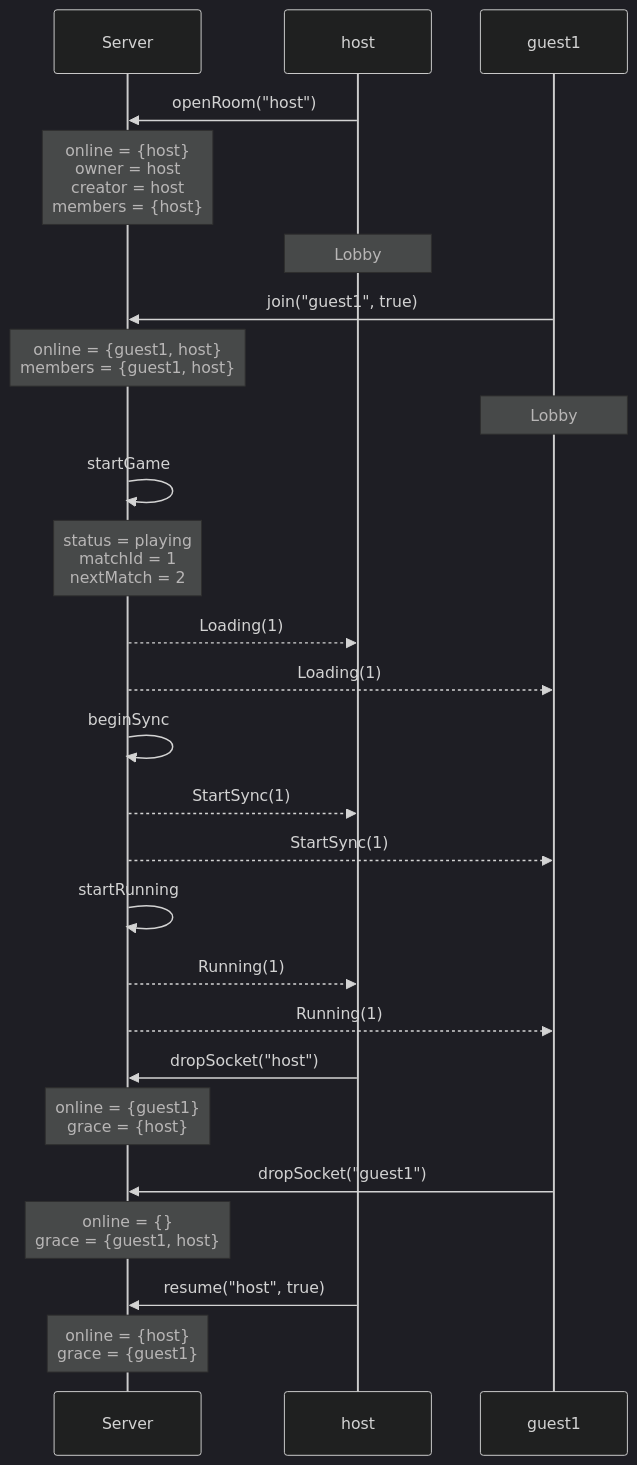
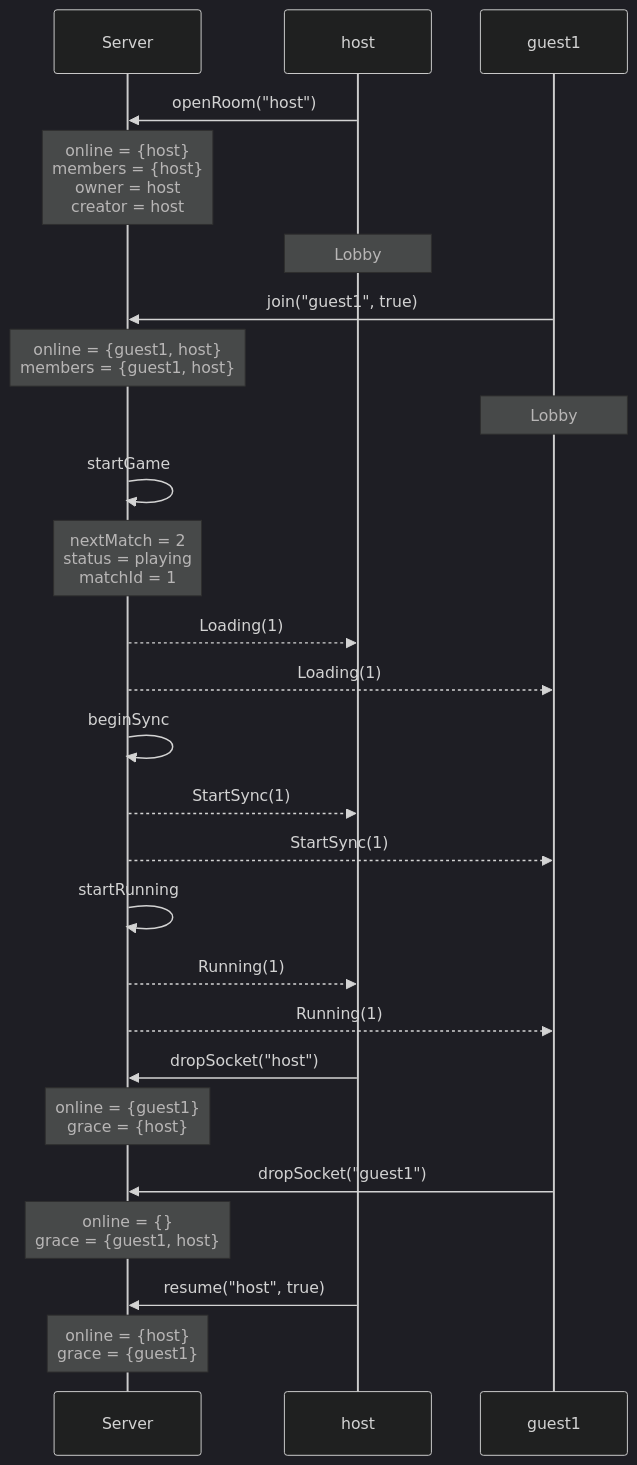
Before and after one commit to kwilson21/kaillera-next: diagram 15 of 36 in docs/spec-traces.md, drawn with Mermaid (dark theme). The commit also changed other lines of this file and 36 other files, not shown here.

````diff
--- a/docs/spec-traces.md
+++ b/docs/spec-traces.md
@@ -295,28 +358,28 @@
 ```mermaid
 sequenceDiagram
   participant Server
   participant host
   participant guest1
   host->>Server: openRoom("host")
-  Note over Server: online = {host}<br/>owner = host<br/>creator = host<br/>members = {host}
+  Note over Server: online = {host}<br/>members = {host}<br/>owner = host<br/>creator = host
   Note over host: Lobby
   guest1->>Server: join("guest1", true)
   Note over Server: online = {guest1, host}<br/>members = {guest1, host}
   Note over guest1: Lobby
   Server->>Server: startGame
-  Note over Server: status = playing<br/>matchId = 1<br/>nextMatch = 2
+  Note over Server: nextMatch = 2<br/>status = playing<br/>matchId = 1
   Server-->>host: Loading(1)
   Server-->>guest1: Loading(1)
   Server->>Server: beginSync
   Server-->>host: StartSync(1)
   Server-->>guest1: StartSync(1)
   Server->>Server: startRunning
   Server-->>host: Running(1)
   Server-->>guest1: Running(1)
   host->>Server: dropSocket("host")
   Note over Server: online = {guest1}<br/>grace = {host}
   guest1->>Server: dropSocket("guest1")
   Note over Server: online = {}<br/>grace = {guest1, host}
   host->>Server: resume("host", true)
   Note over Server: online = {host}<br/>grace = {guest1}
 ```
````
